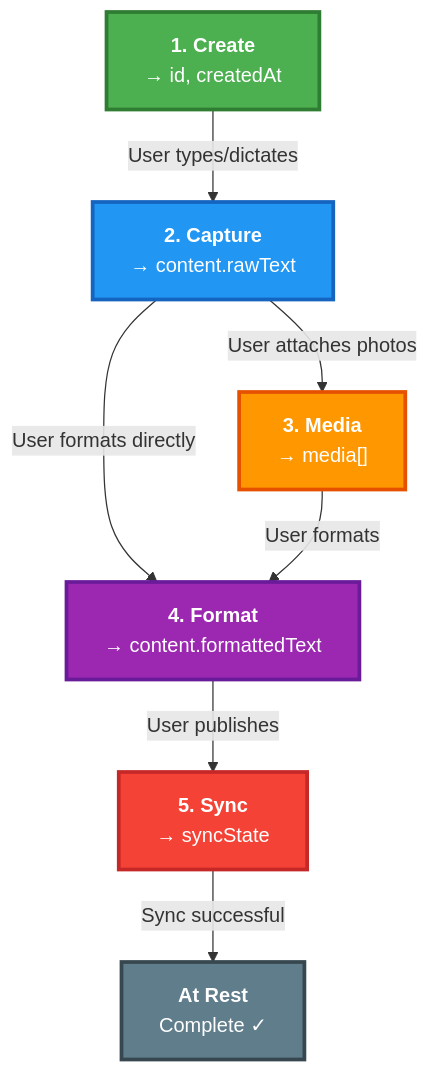
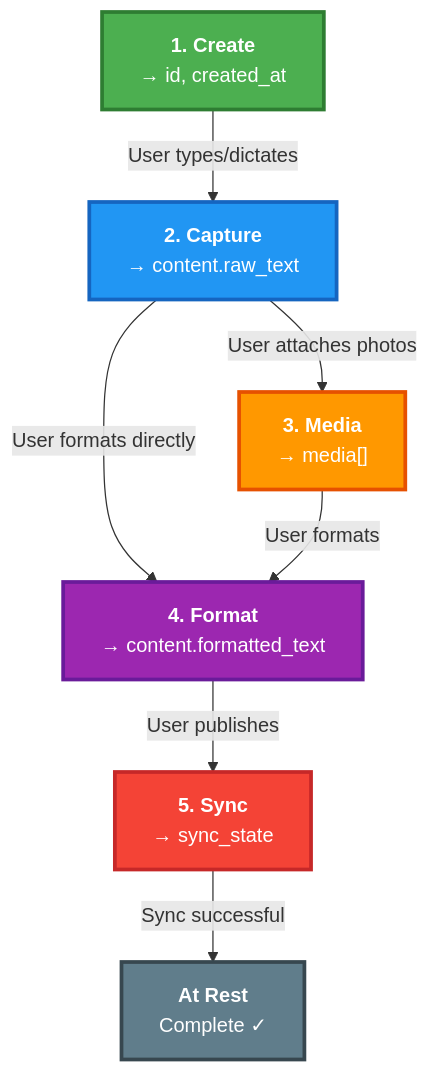
The second of 4 diagrams in docs/architecture/domain-models.md (sosaagbontaen/codename_promise), drawn with Mermaid before and after one commit. The commit also changed other lines of this file, not shown here.

````diff
--- a/docs/architecture/domain-models.md
+++ b/docs/architecture/domain-models.md
@@ -84,23 +84,23 @@
 ```mermaid
 graph TD
-    A["<b>1. Create</b><br/>→ id, createdAt"]:::step1
-    B["<b>2. Capture</b><br/>→ content.rawText"]:::step2
+    A["<b>1. Create</b><br/>→ id, created_at"]:::step1
+    B["<b>2. Capture</b><br/>→ content.raw_text"]:::step2
     C["<b>3. Media</b><br/>→ media[]"]:::step3
-    D["<b>4. Format</b><br/>→ content.formattedText"]:::step4
-    E["<b>5. Sync</b><br/>→ syncState"]:::step5
+    D["<b>4. Format</b><br/>→ content.formatted_text"]:::step4
+    E["<b>5. Sync</b><br/>→ sync_state"]:::step5
     F["<b>At Rest</b><br/>Complete ✓"]:::complete
 
     A -->|User types/dictates| B
     B -->|User attaches photos| C
     B -->|User formats directly| D
     C -->|User formats| D
     D -->|User publishes| E
     E -->|Sync successful| F
 
     classDef step1 fill:#4CAF50,stroke:#2E7D32,stroke-width:3px,color:#fff
     classDef step2 fill:#2196F3,stroke:#1565C0,stroke-width:3px,color:#fff
     classDef step3 fill:#FF9800,stroke:#E65100,stroke-width:3px,color:#fff
     classDef step4 fill:#9C27B0,stroke:#6A1B9A,stroke-width:3px,color:#fff
     classDef step5 fill:#F44336,stroke:#C62828,stroke-width:3px,color:#fff
     classDef complete fill:#607D8B,stroke:#37474F,stroke-width:3px,color:#fff
 ```
````
